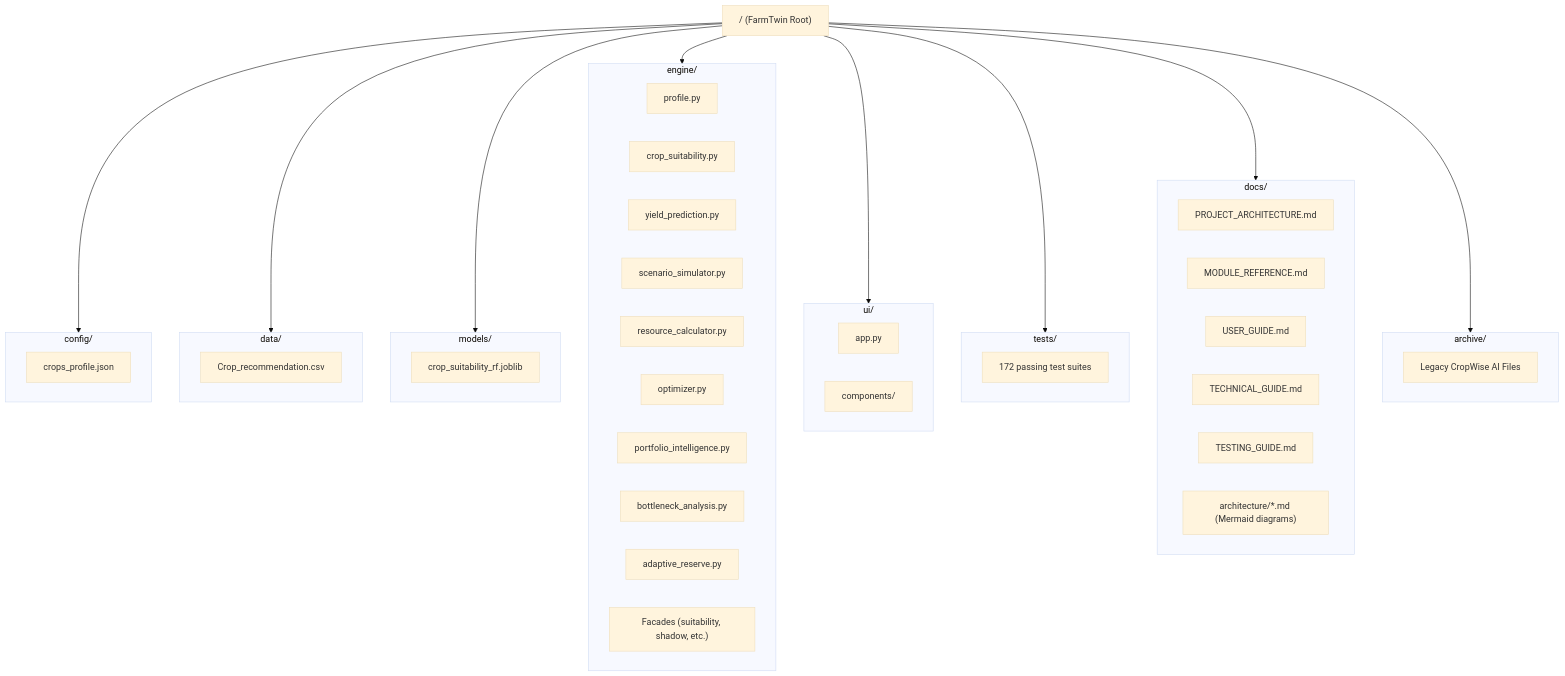
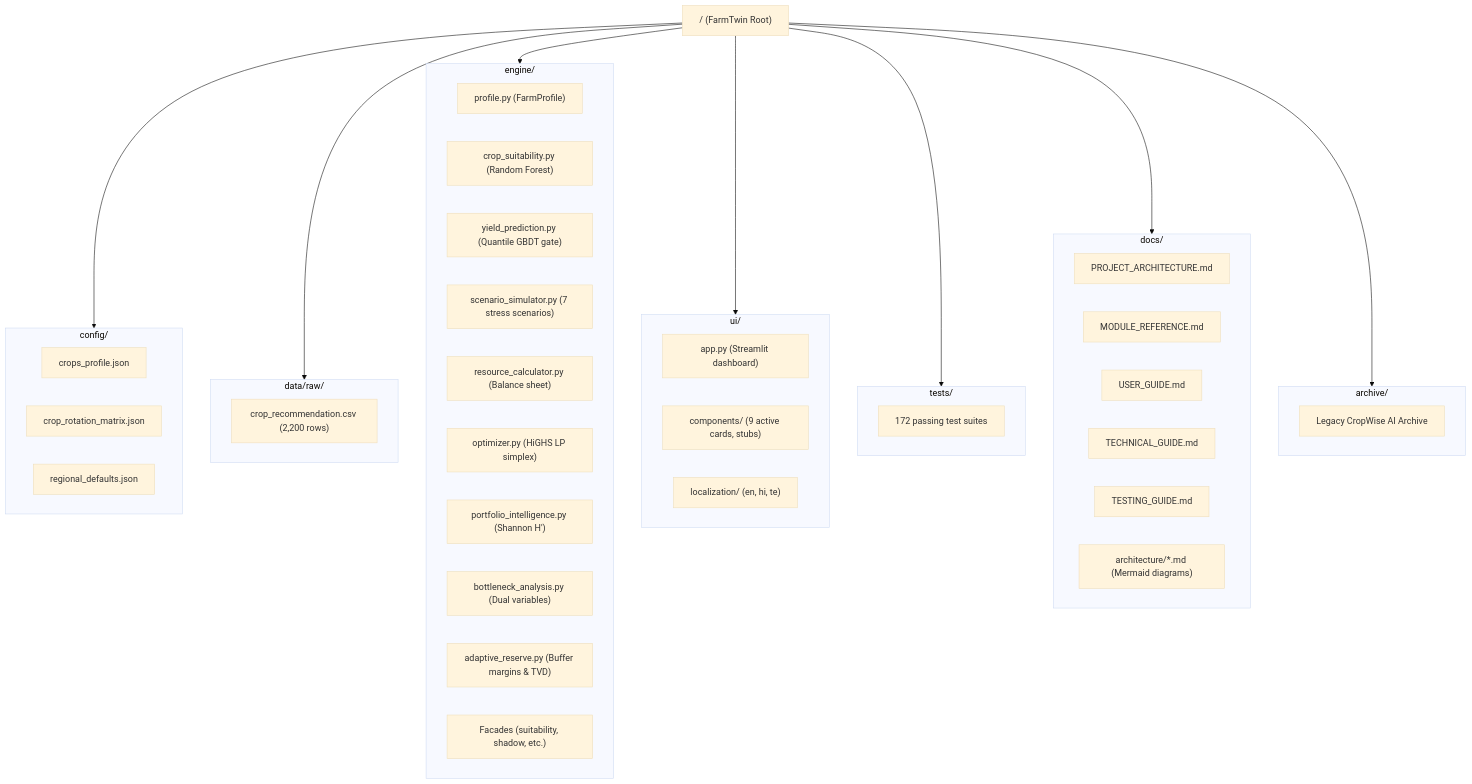
The diagram in docs/architecture/folder_structure.md (25071a04q3-hub/AI-Based-Crop-and-Agricultural-Resource-Optimization-System-Crop-Wise-AI), drawn with Mermaid (base theme) before and after one commit. The commit also changed 5 other files, not shown here.

````diff
--- a/docs/architecture/folder_structure.md
+++ b/docs/architecture/folder_structure.md
@@ -5,60 +5,58 @@
 ```mermaid
 graph TD
     Root["/ (FarmTwin Root)"]
     
     subgraph ConfigDir ["config/"]
         CropProfile["crops_profile.json"]
+        RotationMatrix["crop_rotation_matrix.json"]
+        RegionalDefaults["regional_defaults.json"]
     end
     
-    subgraph DataDir ["data/"]
-        CropCSV["Crop_recommendation.csv"]
-    end
-    
-    subgraph ModelsDir ["models/"]
-        RFModel["crop_suitability_rf.joblib"]
+    subgraph DataDir ["data/raw/"]
+        CropCSV["crop_recommendation.csv (2,200 rows)"]
     end
     
     subgraph EngineDir ["engine/"]
-        E1["profile.py"]
-        E2["crop_suitability.py"]
-        E3["yield_prediction.py"]
-        E4["scenario_simulator.py"]
-        E5["resource_calculator.py"]
-        E6["optimizer.py"]
-        E7["portfolio_intelligence.py"]
-        E8["bottleneck_analysis.py"]
-        E9["adaptive_reserve.py"]
+        E1["profile.py (FarmProfile)"]
+        E2["crop_suitability.py (Random Forest)"]
+        E3["yield_prediction.py (Quantile GBDT gate)"]
+        E4["scenario_simulator.py (7 stress scenarios)"]
+        E5["resource_calculator.py (Balance sheet)"]
+        E6["optimizer.py (HiGHS LP simplex)"]
+        E7["portfolio_intelligence.py (Shannon H')"]
+        E8["bottleneck_analysis.py (Dual variables)"]
+        E9["adaptive_reserve.py (Buffer margins & TVD)"]
         Facades["Facades (suitability, shadow, etc.)"]
     end
     
     subgraph UIDir ["ui/"]
-        AppPy["app.py"]
-        UIComp["components/"]
+        AppPy["app.py (Streamlit dashboard)"]
+        UIComp["components/ (9 active cards, stubs)"]
+        UILoc["localization/ (en, hi, te)"]
     end
     
     subgraph TestsDir ["tests/"]
         TestAll["172 passing test suites"]
     end
     
     subgraph DocsDir ["docs/"]
         ArchDoc["PROJECT_ARCHITECTURE.md"]
         ModDoc["MODULE_REFERENCE.md"]
         UserDoc["USER_GUIDE.md"]
         TechDoc["TECHNICAL_GUIDE.md"]
         TestDoc["TESTING_GUIDE.md"]
         ArchDir["architecture/*.md (Mermaid diagrams)"]
     end
     
     subgraph ArchiveDir ["archive/"]
-        LegacyCropWise["Legacy CropWise AI Files"]
+        LegacyCropWise["Legacy CropWise AI Archive"]
     end
 
     Root --> ConfigDir
     Root --> DataDir
-    Root --> ModelsDir
     Root --> EngineDir
     Root --> UIDir
     Root --> TestsDir
     Root --> DocsDir
     Root --> ArchiveDir
 ```
````
